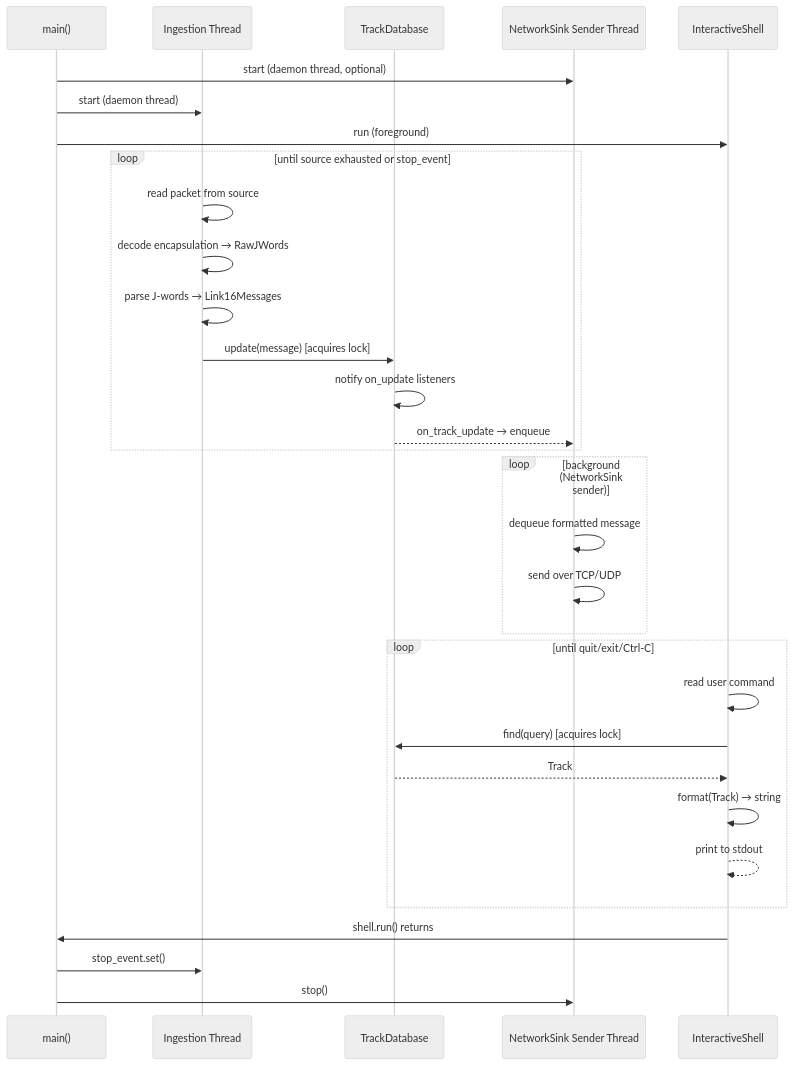
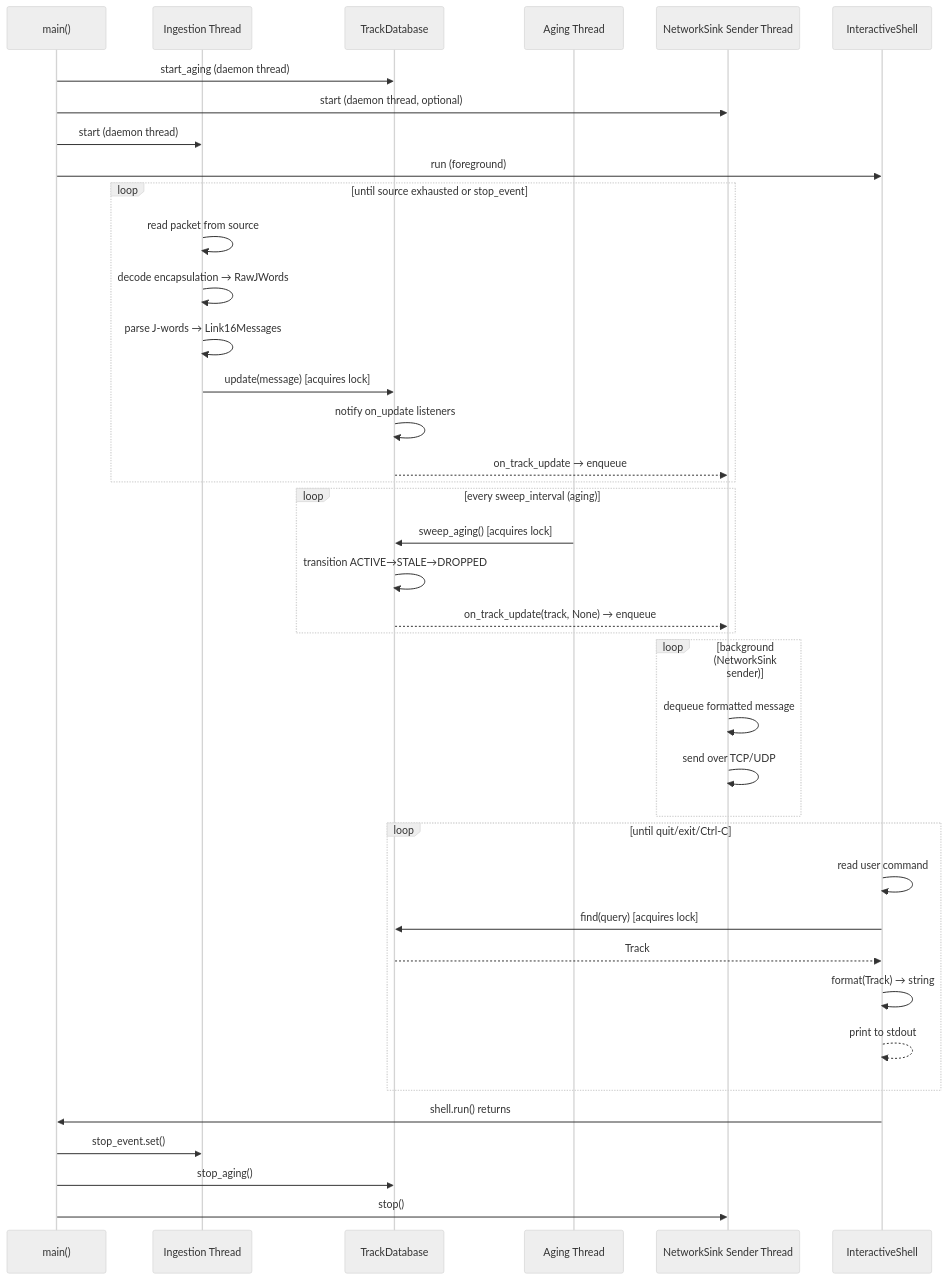
One commit to tellerj/parser changed the fourth of 5 diagrams in ARCHITECTURE.md. Above: the diagram before and after it, drawn with Mermaid (neutral theme). The commit also changed other lines of this file and 10 other files, not shown here.

First line of the commit message:
CLI deep dive: interactive shell, track aging, and review fixes

````diff
--- a/ARCHITECTURE.md
+++ b/ARCHITECTURE.md
@@ -143,38 +143,47 @@
 ```mermaid
 sequenceDiagram
     participant Main as main()
     participant Ingest as Ingestion Thread
     participant DB as TrackDatabase
+    participant Aging as Aging Thread
     participant NetSink as NetworkSink Sender Thread
     participant Shell as InteractiveShell
 
+    Main->>DB: start_aging (daemon thread)
     Main->>NetSink: start (daemon thread, optional)
     Main->>Ingest: start (daemon thread)
     Main->>Shell: run (foreground)
 
     loop until source exhausted or stop_event
         Ingest->>Ingest: read packet from source
         Ingest->>Ingest: decode encapsulation → RawJWords
         Ingest->>Ingest: parse J-words → Link16Messages
         Ingest->>DB: update(message) [acquires lock]
         DB->>DB: notify on_update listeners
         DB-->>NetSink: on_track_update → enqueue
+    end
+
+    loop every sweep_interval (aging)
+        Aging->>DB: sweep_aging() [acquires lock]
+        DB->>DB: transition ACTIVE→STALE→DROPPED
+        DB-->>NetSink: on_track_update(track, None) → enqueue
     end
 
     loop background (NetworkSink sender)
         NetSink->>NetSink: dequeue formatted message
         NetSink->>NetSink: send over TCP/UDP
     end
 
     loop until quit/exit/Ctrl-C
         Shell->>Shell: read user command
         Shell->>DB: find(query) [acquires lock]
         DB-->>Shell: Track
         Shell->>Shell: format(Track) → string
         Shell-->>Shell: print to stdout
     end
 
     Shell->>Main: shell.run() returns
     Main->>Ingest: stop_event.set()
+    Main->>DB: stop_aging()
     Main->>NetSink: stop()
 ```
````
